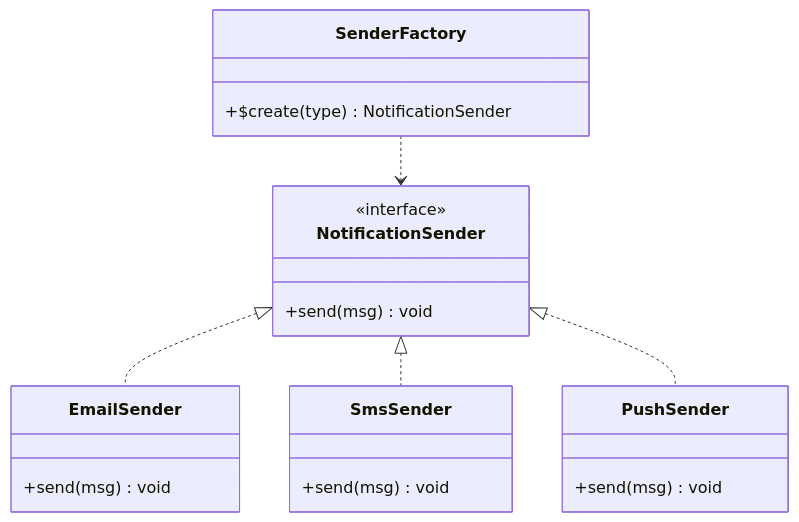
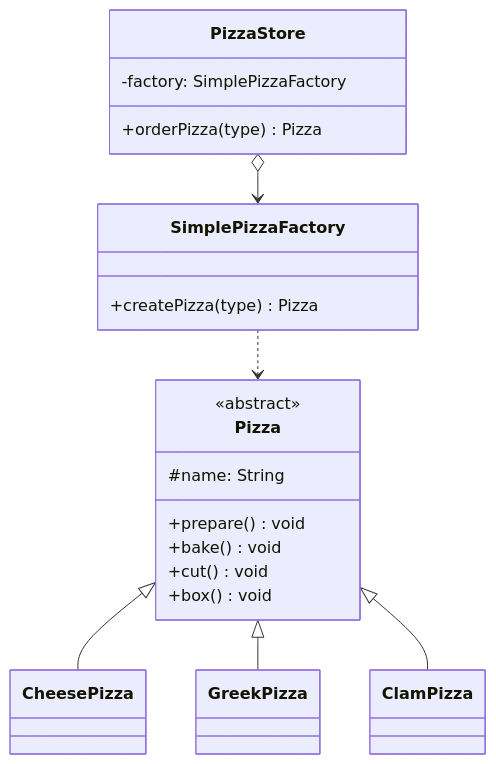
Before and after one commit to luguosong/programming-notes: the diagram in docs/topic/design-patterns/creational-patterns/simple-factory/index.md, drawn with Mermaid. The commit also changed other lines of this file and 24 other files, not shown here.

````diff
--- a/docs/topic/design-patterns/creational-patterns/simple-factory/index.md
+++ b/docs/topic/design-patterns/creational-patterns/simple-factory/index.md
@@ -23,23 +31,29 @@
 ```mermaid
 classDiagram
-    class NotificationSender {
-        <<interface>>
-        +send(msg) void
+    class Pizza {
+        <<abstract>>
+        #name: String
+        +prepare() void
+        +bake() void
+        +cut() void
+        +box() void
     }
-    class EmailSender {
-        +send(msg) void
+    class CheesePizza {
     }
-    class SmsSender {
-        +send(msg) void
+    class GreekPizza {
     }
-    class PushSender {
-        +send(msg) void
+    class ClamPizza {
     }
-    class SenderFactory {
-        +$create(type) NotificationSender
+    class SimplePizzaFactory {
+        +createPizza(type) Pizza
     }
-    NotificationSender <|.. EmailSender
-    NotificationSender <|.. SmsSender
-    NotificationSender <|.. PushSender
-    SenderFactory ..> NotificationSender
+    class PizzaStore {
+        -factory: SimplePizzaFactory
+        +orderPizza(type) Pizza
+    }
+    Pizza <|-- CheesePizza
+    Pizza <|-- GreekPizza
+    Pizza <|-- ClamPizza
+    SimplePizzaFactory ..> Pizza
+    PizzaStore o--> SimplePizzaFactory
 ```
````
